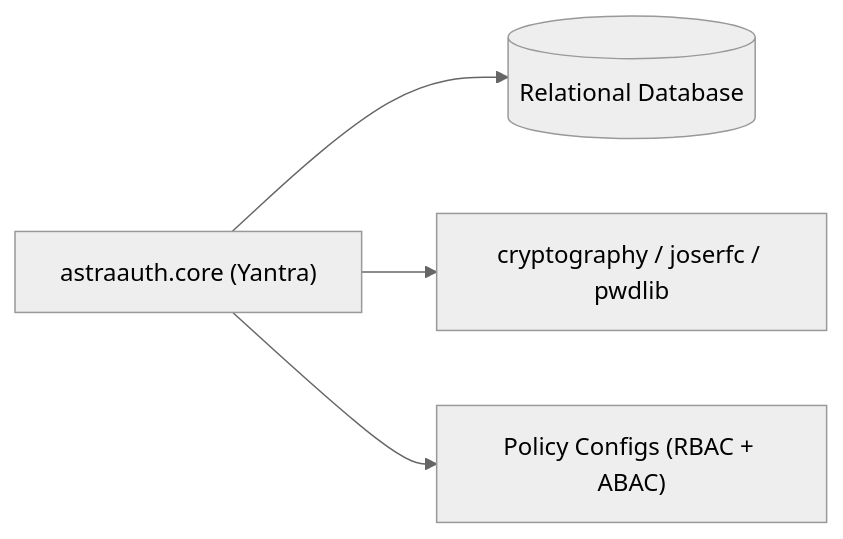
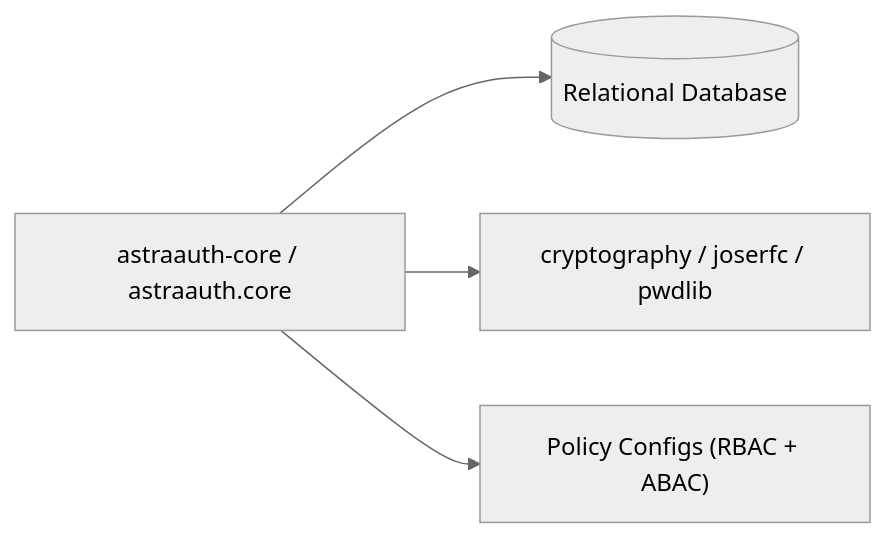
Before and after one commit to groverankur/Astra: the first of 17 diagrams in docs/about/package_detailed_references.md, drawn with Mermaid (neutral theme). The commit also changed other lines of this file and 59 other files, not shown here.

````diff
--- a/docs/about/package_detailed_references.md
+++ b/docs/about/package_detailed_references.md
@@ -12,11 +12,11 @@
 ```mermaid
 graph LR
-    Core["astraauth.core (Yantra)"]
+    Core["astraauth-core / astraauth.core"]
     DB[("Relational Database")]
     Crypt["cryptography / joserfc / pwdlib"]
     Policies["Policy Configs (RBAC + ABAC)"]
     
     Core --> DB
     Core --> Crypt
     Core --> Policies
 ```
````
